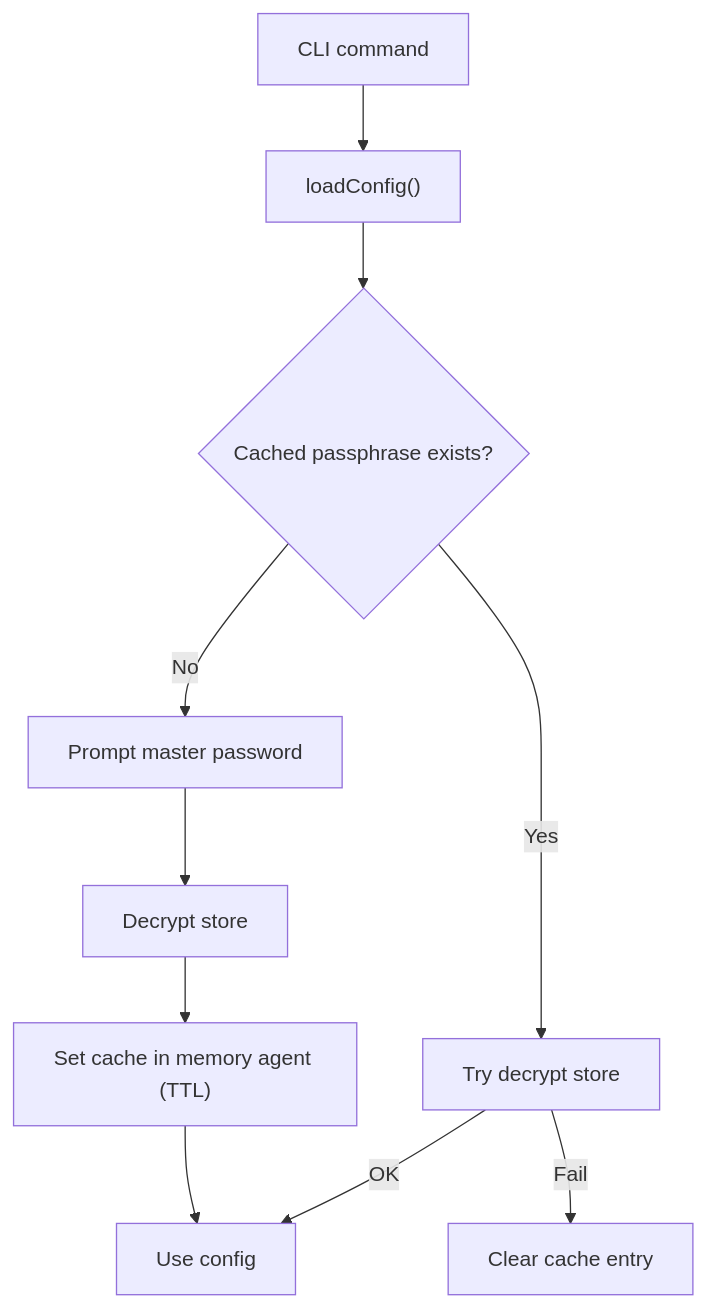
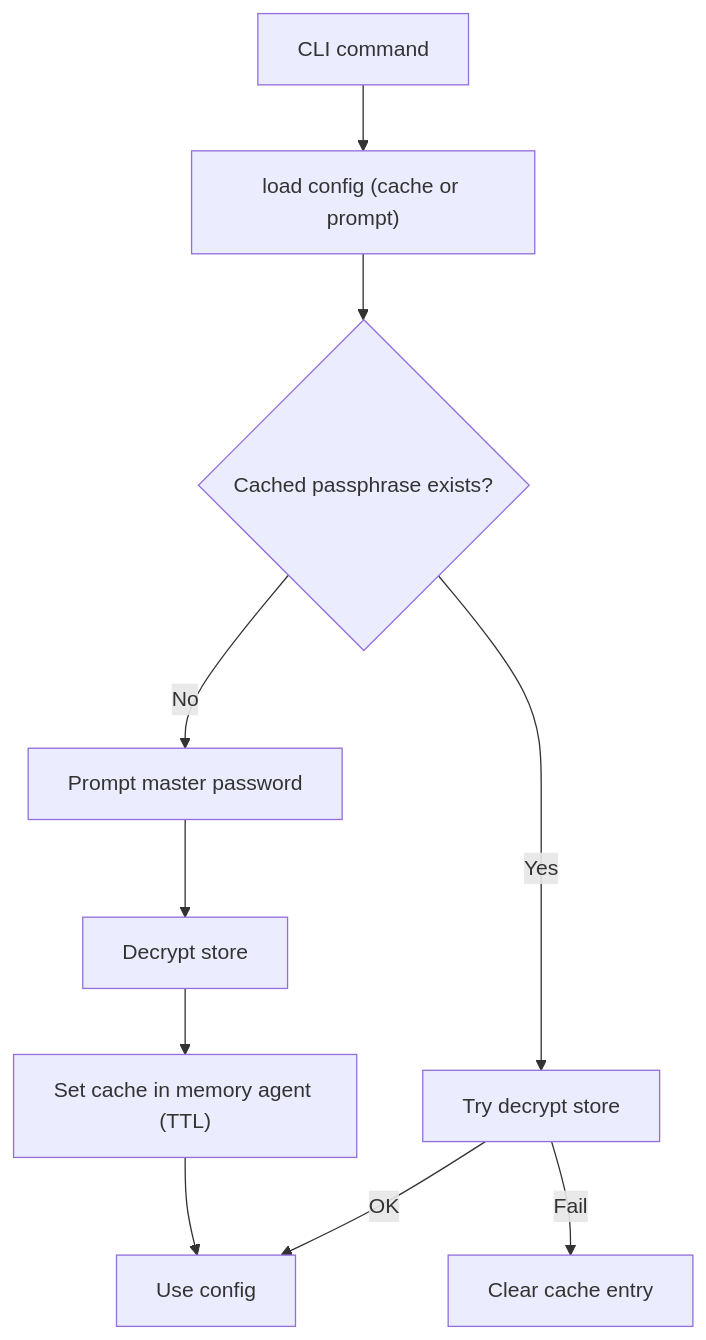
One commit to tiangong-dev/onessh changed the first of 3 diagrams in docs/reference/security.md. Above: the diagram before and after it, drawn with Mermaid. The commit also changed other lines of this file and 7 other files, not shown here.

````diff
--- a/docs/reference/security.md
+++ b/docs/reference/security.md
@@ -38,12 +38,12 @@
 ```mermaid
 flowchart TD
-  A["CLI command"] --> B["loadConfig()"]
+  A["CLI command"] --> B["load config (cache or prompt)"]
   B --> C{"Cached passphrase exists?"}
   C -- "Yes" --> D["Try decrypt store"]
   D -- "OK" --> E["Use config"]
   D -- "Fail" --> F["Clear cache entry"]
   C -- "No" --> G["Prompt master password"]
   G --> H["Decrypt store"]
   H --> I["Set cache in memory agent (TTL)"]
   I --> E
 ```
````
